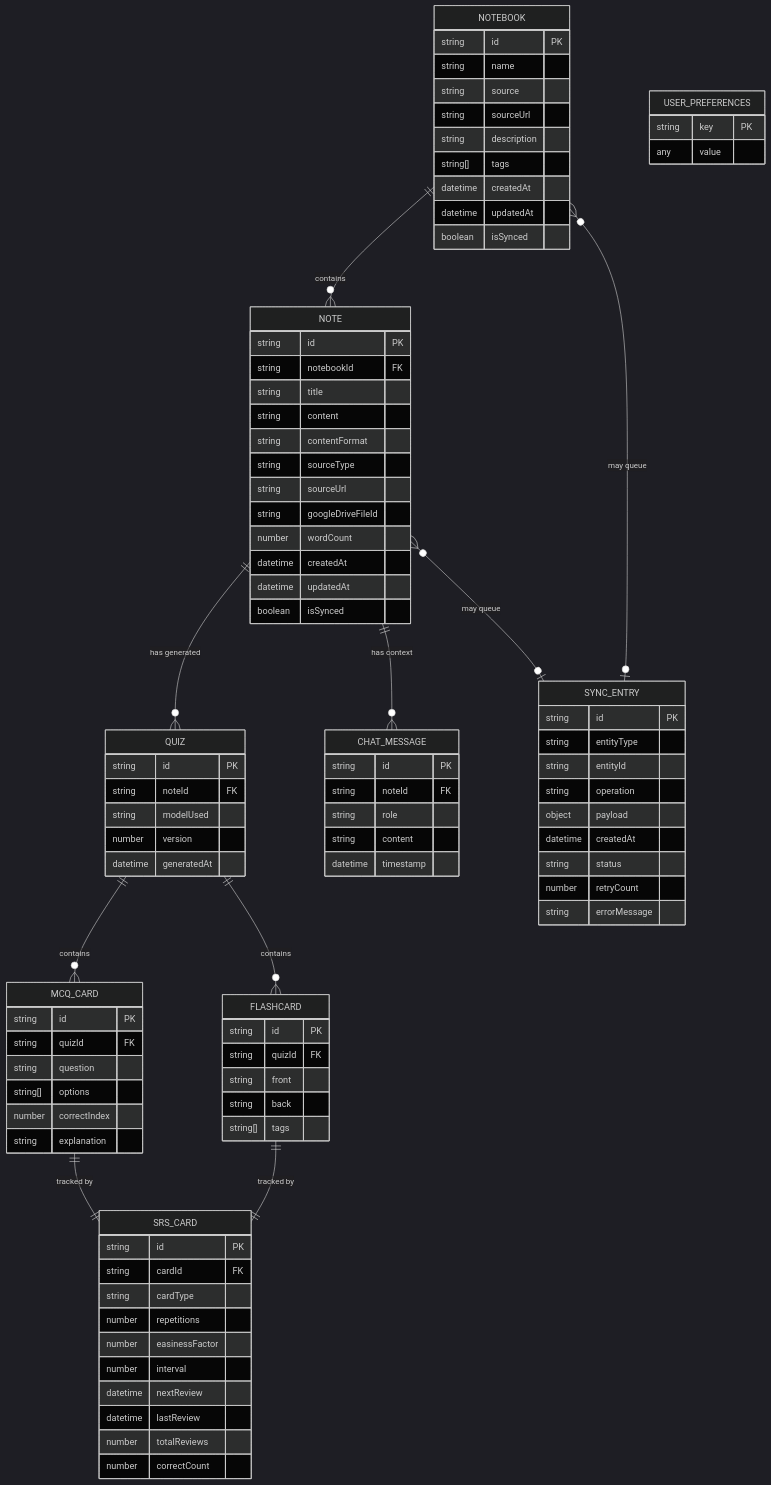
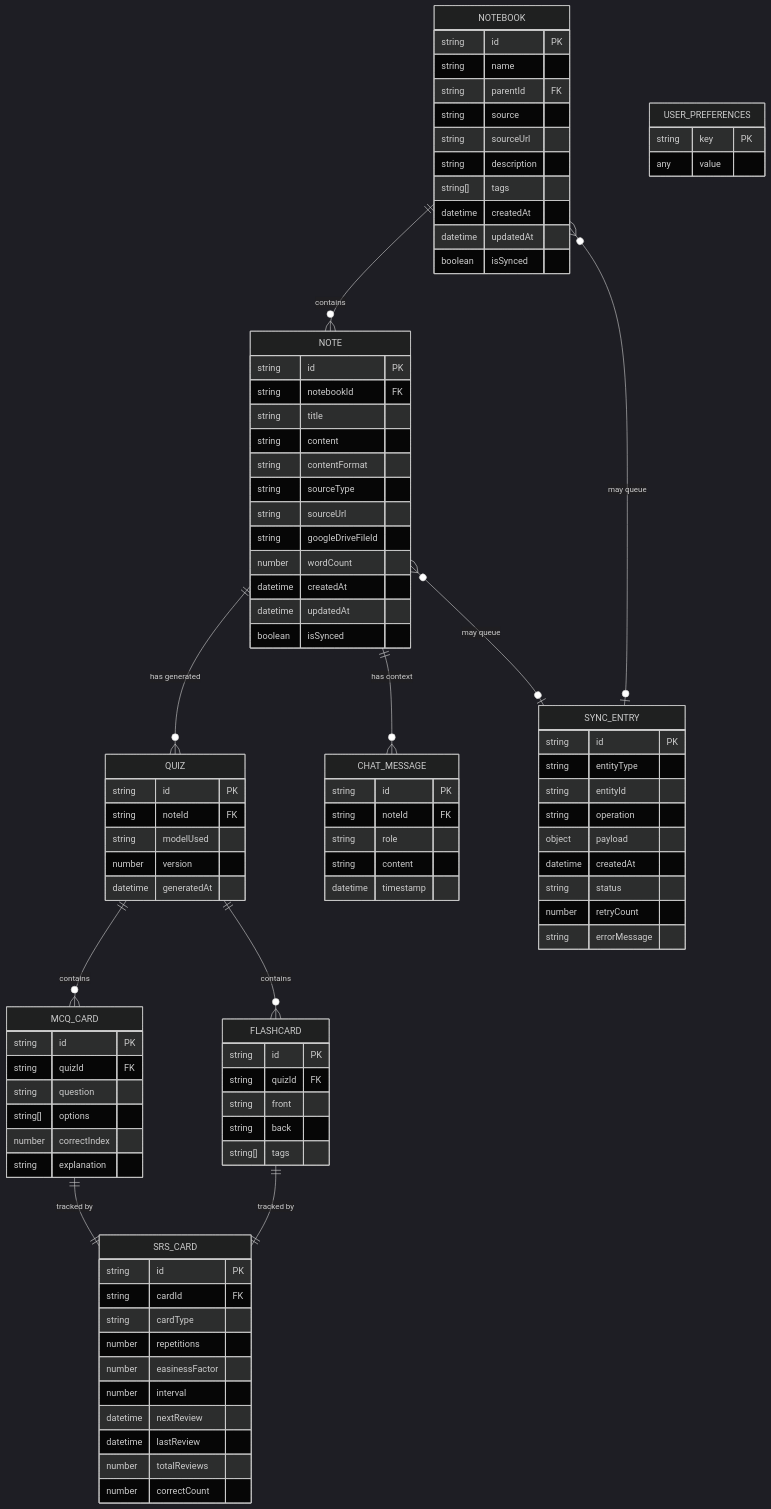
One commit to Strider221B/synapse-sync changed the diagram in documentation/design/high_level/03_data_models.md. Above: the diagram before and after it, drawn with Mermaid (dark theme). The commit also changed other lines of this file and 24 other files, not shown here.

```diff
--- a/documentation/design/high_level/03_data_models.md
+++ b/documentation/design/high_level/03_data_models.md
@@ -31,6 +31,7 @@
     NOTEBOOK {
         string id PK
         string name
+        string parentId FK
         string source
         string sourceUrl
         string description
```
